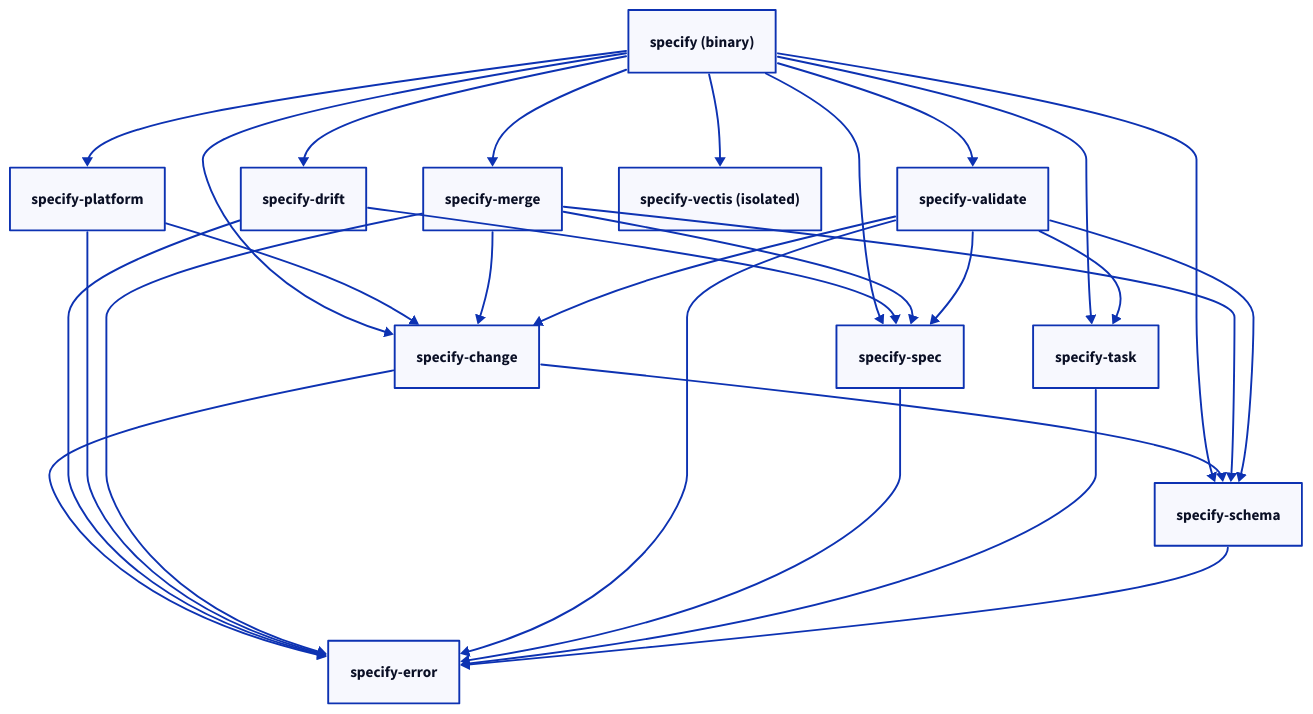
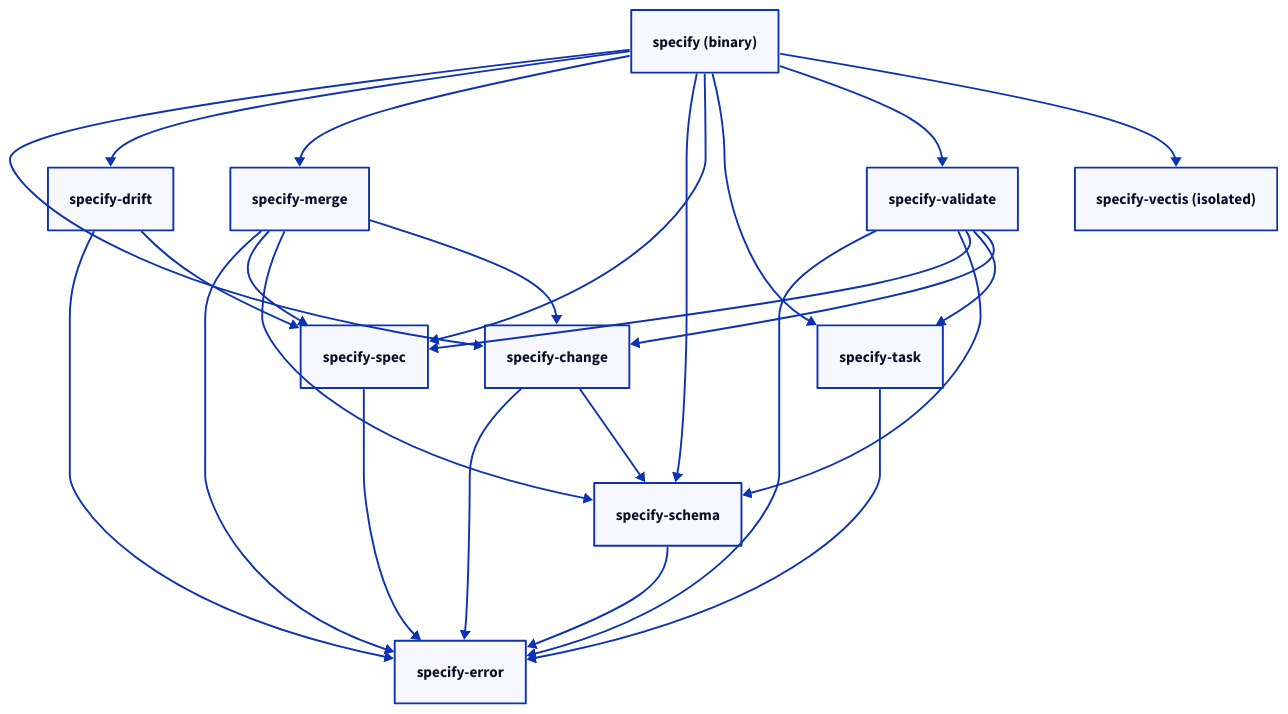
One commit to augentic/anvil changed the diagram in docs/contributing/cli-architecture.md. Above: the diagram before and after it, drawn with D2. The commit also changed other lines of this file and 145 other files, not shown here.

````diff
--- a/docs/contributing/cli-architecture.md
+++ b/docs/contributing/cli-architecture.md
@@ -25,46 +24,42 @@
 ```d2
 direction: down
 
 specify: "specify (binary)" {
   shape: rectangle
 }
 change: specify-change
 drift: specify-drift
 error: specify-error
-platform: specify-platform
 merge: specify-merge
 schema: specify-schema
 spec: specify-spec
 task: specify-task
 validate: specify-validate
 vectis: "specify-vectis (isolated)"
 
 specify -> change
 specify -> drift
-specify -> platform
 specify -> merge
 specify -> schema
 specify -> spec
 specify -> task
 specify -> validate
 specify -> vectis
 
 change -> error
 change -> schema
 drift -> error
 drift -> spec
-platform -> error
-platform -> change
 merge -> error
 merge -> spec
 merge -> schema
 merge -> change
 validate -> error
 validate -> schema
 validate -> spec
 validate -> task
 validate -> change
 spec -> error
 task -> error
 schema -> error
 ```
````
